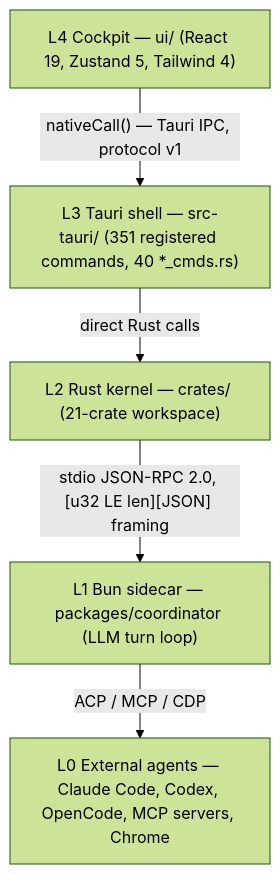
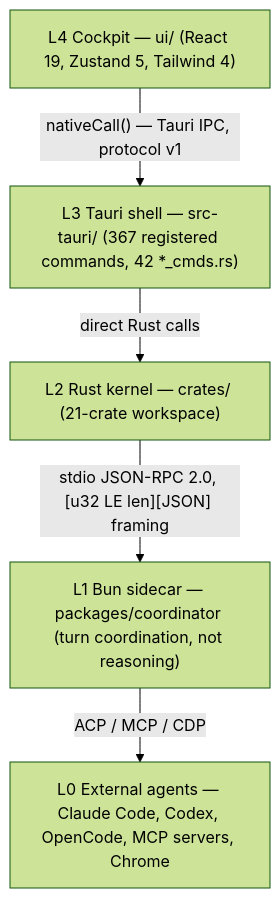
One commit to sarv-projects/EveryAIOS changed the diagram in docs/codebase/architecture.md. Above: the diagram before and after it, drawn with Mermaid (forest theme). The commit also changed other lines of this file and 16 other files, not shown here.

````diff
--- a/docs/codebase/architecture.md
+++ b/docs/codebase/architecture.md
@@ -10,7 +10,7 @@
 ```mermaid
 flowchart TD
-    UI["L4 Cockpit — ui/ (React 19, Zustand 5, Tailwind 4)"] -->|"nativeCall() — Tauri IPC, protocol v1"| TAURI["L3 Tauri shell — src-tauri/ (351 registered commands, 40 *_cmds.rs)"]
+    UI["L4 Cockpit — ui/ (React 19, Zustand 5, Tailwind 4)"] -->|"nativeCall() — Tauri IPC, protocol v1"| TAURI["L3 Tauri shell — src-tauri/ (367 registered commands, 42 *_cmds.rs)"]
     TAURI -->|"direct Rust calls"| KERNEL["L2 Rust kernel — crates/ (21-crate workspace)"]
-    KERNEL -->|"stdio JSON-RPC 2.0, [u32 LE len][JSON] framing"| SIDECAR["L1 Bun sidecar — packages/coordinator (LLM turn loop)"]
+    KERNEL -->|"stdio JSON-RPC 2.0, [u32 LE len][JSON] framing"| SIDECAR["L1 Bun sidecar — packages/coordinator (turn coordination, not reasoning)"]
     SIDECAR -->|"ACP / MCP / CDP"| L0["L0 External agents — Claude Code, Codex, OpenCode, MCP servers, Chrome"]
 ```
````
